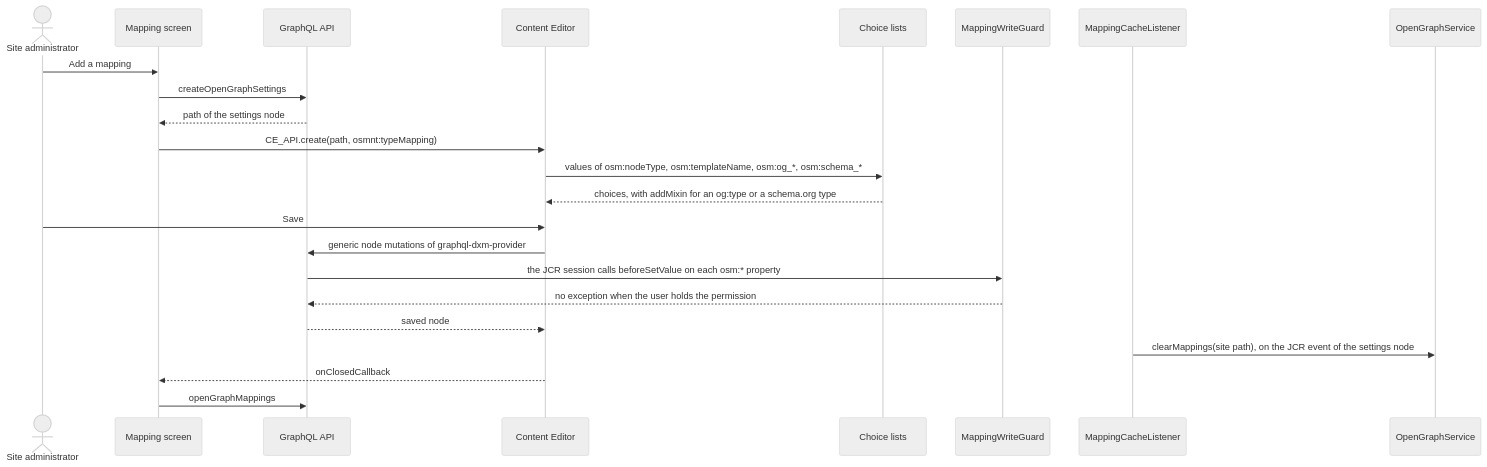
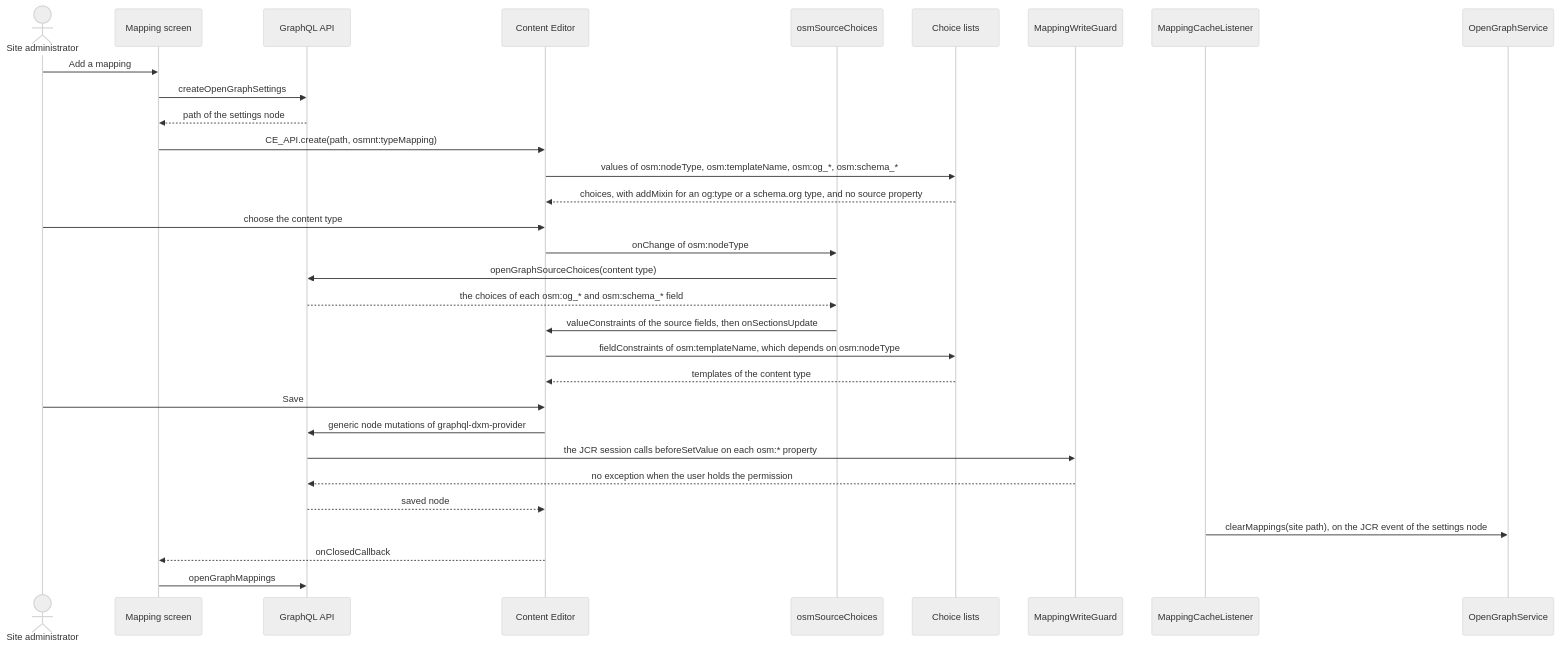
The second of 3 diagrams in docs/architecture/06_runtime_view.md (Jahia/opengraph-schemaorg-metadata), drawn with Mermaid (neutral theme) before and after one commit. The commit also changed other lines of this file and 17 other files, not shown here.

First line of the commit message:
perf: load the source lists of a mapping form with one query (#69)

````diff
--- a/docs/architecture/06_runtime_view.md
+++ b/docs/architecture/06_runtime_view.md
@@ -40,25 +40,33 @@
 ```mermaid
 sequenceDiagram
     actor Admin as Site administrator
     participant Screen as Mapping screen
     participant API as GraphQL API
     participant CE as Content Editor
+    participant Handler as osmSourceChoices
     participant Lists as Choice lists
     participant Guard as MappingWriteGuard
     participant Listener as MappingCacheListener
     participant Service as OpenGraphService
     Admin->>Screen: Add a mapping
     Screen->>API: createOpenGraphSettings
     API-->>Screen: path of the settings node
     Screen->>CE: CE_API.create(path, osmnt:typeMapping)
     CE->>Lists: values of osm:nodeType, osm:templateName, osm:og_*, osm:schema_*
-    Lists-->>CE: choices, with addMixin for an og:type or a schema.org type
+    Lists-->>CE: choices, with addMixin for an og:type or a schema.org type, and no source property
+    Admin->>CE: choose the content type
+    CE->>Handler: onChange of osm:nodeType
+    Handler->>API: openGraphSourceChoices(content type)
+    API-->>Handler: the choices of each osm:og_* and osm:schema_* field
+    Handler->>CE: valueConstraints of the source fields, then onSectionsUpdate
+    CE->>Lists: fieldConstraints of osm:templateName, which depends on osm:nodeType
+    Lists-->>CE: templates of the content type
     Admin->>CE: Save
     CE->>API: generic node mutations of graphql-dxm-provider
     API->>Guard: the JCR session calls beforeSetValue on each osm:* property
     Guard-->>API: no exception when the user holds the permission
     API-->>CE: saved node
     Listener->>Service: clearMappings(site path), on the JCR event of the settings node
     CE-->>Screen: onClosedCallback
     Screen->>API: openGraphMappings
 ```
````
